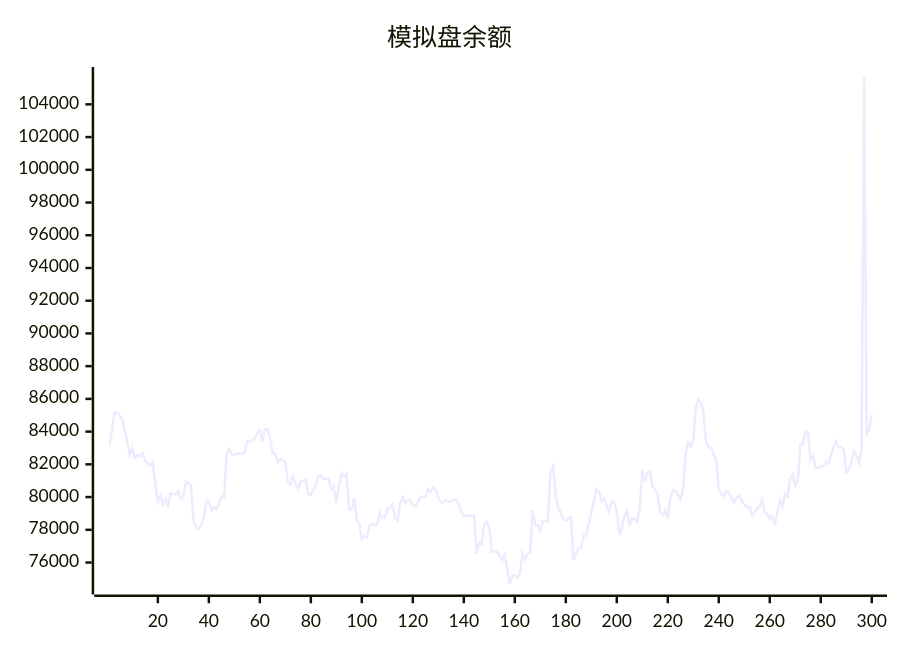
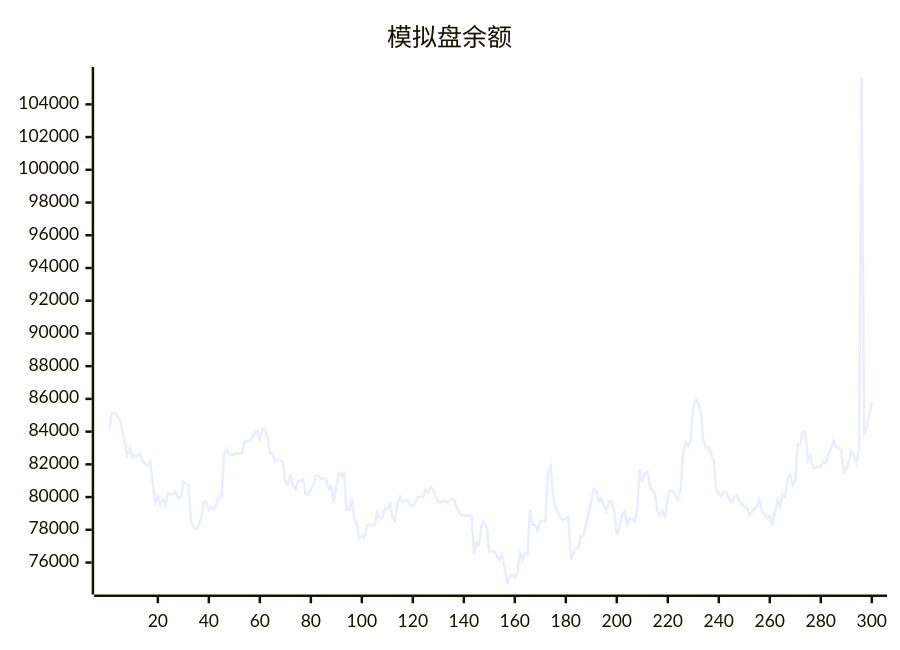
One commit to aahl/ai-trading changed the diagram in README.md. Above: the diagram before and after it, drawn with Mermaid. The commit also changed other lines of this file and 1 other file, not shown here.

````diff
--- a/README.md
+++ b/README.md
@@ -5,5 +5,5 @@
 ```mermaid
 xychart
     title "模拟盘余额"
-    line [83184,84099,85150,85150,85002,84751,84096,83356,82582,82983,82404,82572,82512,82688,82200,82047,81920,82125,80840,79688,80060,79552,79920,79470,80236,80208,80170,80336,79894,80006,80954,80837,80712,78561,78139,78037,78293,78682,79720,79720,79214,79372,79279,79591,80046,79993,82625,82950,82626,82571,82633,82670,82670,82681,83386,83378,83464,83579,83920,84037,83402,84160,84142,83652,82655,82655,82145,82315,82243,82163,80934,80770,81371,80742,80468,80989,80989,81067,80191,80155,80450,80737,81309,81309,81106,81119,81119,80471,80631,79624,80670,81448,81290,81429,79212,79222,79940,78643,78380,77432,77623,77504,78235,78358,78284,78277,79048,78714,78714,79290,79308,79567,78763,78563,79603,79988,79652,79813,79813,79476,79469,79673,79995,80015,80015,80486,80314,80600,80436,79966,79689,79689,79819,79692,79692,79850,79850,79518,79071,78889,78850,78850,78878,78878,76554,77202,77103,78357,78510,78106,76678,76677,76672,76411,76159,76485,75656,74695,75197,75246,75052,75334,76564,76179,76553,76551,79196,78300,78300,77944,78531,78531,78521,81564,81884,80160,79335,79055,78675,78580,78708,78764,76179,76586,76902,76876,77658,77669,78346,79023,79769,80497,80366,79761,79896,79448,79126,79749,79658,79097,77695,78114,78888,79126,78249,78738,78653,78478,79271,81680,80923,81488,81527,80681,80455,80190,79084,78879,79193,78686,79954,80403,80374,80118,79848,80491,82665,83351,83098,83525,85430,85983,85737,85221,83378,83014,83043,82613,82216,80477,80208,80081,80348,80277,79894,79670,79965,80093,79786,79542,79406,79371,78893,79087,79304,79406,79841,79072,78978,78696,78846,78272,79085,79787,79442,80198,80031,81120,81379,80718,80985,83214,83212,83993,83921,82270,82547,81776,81776,81866,81866,82158,82061,82596,83000,83408,83041,83050,82858,81503,81691,82188,82812,82517,82092,82901,105633,83898,84180,85030]
+    line [84099,85150,85150,85002,84751,84096,83356,82582,82983,82404,82572,82512,82688,82200,82047,81920,82125,80840,79688,80060,79552,79920,79470,80236,80208,80170,80336,79894,80006,80954,80837,80712,78561,78139,78037,78293,78682,79720,79720,79214,79372,79279,79591,80046,79993,82625,82950,82626,82571,82633,82670,82670,82681,83386,83378,83464,83579,83920,84037,83402,84160,84142,83652,82655,82655,82145,82315,82243,82163,80934,80770,81371,80742,80468,80989,80989,81067,80191,80155,80450,80737,81309,81309,81106,81119,81119,80471,80631,79624,80670,81448,81290,81429,79212,79222,79940,78643,78380,77432,77623,77504,78235,78358,78284,78277,79048,78714,78714,79290,79308,79567,78763,78563,79603,79988,79652,79813,79813,79476,79469,79673,79995,80015,80015,80486,80314,80600,80436,79966,79689,79689,79819,79692,79692,79850,79850,79518,79071,78889,78850,78850,78878,78878,76554,77202,77103,78357,78510,78106,76678,76677,76672,76411,76159,76485,75656,74695,75197,75246,75052,75334,76564,76179,76553,76551,79196,78300,78300,77944,78531,78531,78521,81564,81884,80160,79335,79055,78675,78580,78708,78764,76179,76586,76902,76876,77658,77669,78346,79023,79769,80497,80366,79761,79896,79448,79126,79749,79658,79097,77695,78114,78888,79126,78249,78738,78653,78478,79271,81680,80923,81488,81527,80681,80455,80190,79084,78879,79193,78686,79954,80403,80374,80118,79848,80491,82665,83351,83098,83525,85430,85983,85737,85221,83378,83014,83043,82613,82216,80477,80208,80081,80348,80277,79894,79670,79965,80093,79786,79542,79406,79371,78893,79087,79304,79406,79841,79072,78978,78696,78846,78272,79085,79787,79442,80198,80031,81120,81379,80718,80985,83214,83212,83993,83921,82270,82547,81776,81776,81866,81866,82158,82061,82596,83000,83408,83041,83050,82858,81503,81691,82188,82812,82517,82092,82901,105633,83898,84180,85030,85781]
 ```
````
